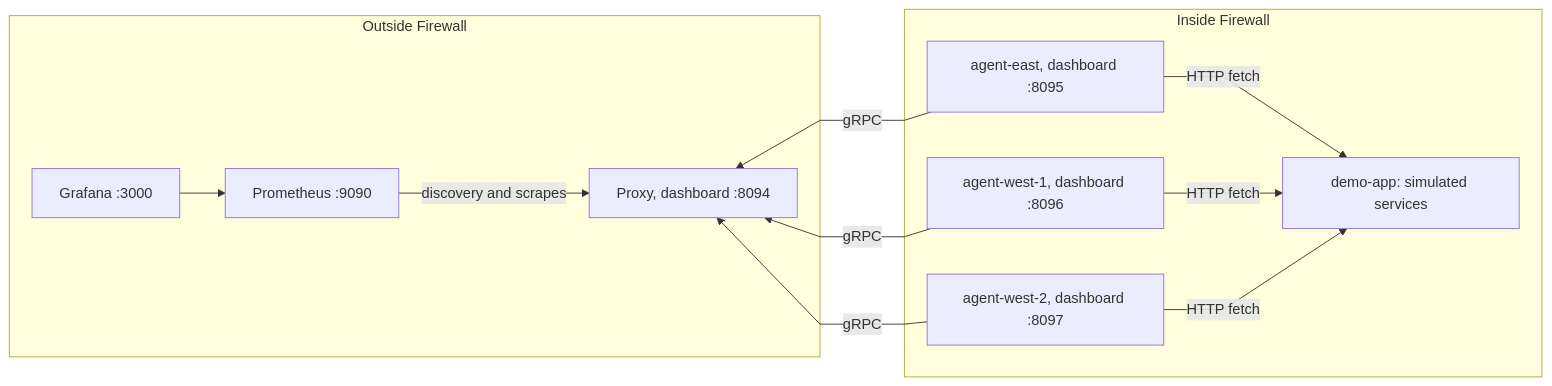
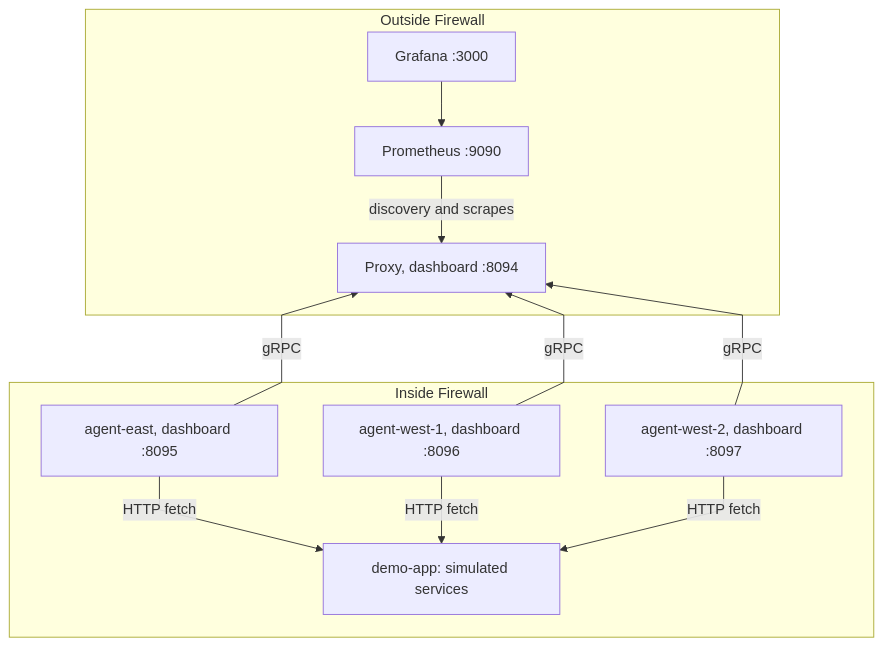
The diagram in website/prometheus-proxy/docs/basics-demo.md (pambrose/prometheus-proxy), drawn with Mermaid before and after one commit. The commit also changed 18 other files, not shown here.

First line of the commit message:
Draw the docs' diagrams readable, set the reading measure, and serve the lightbox from the site (#535)

````diff
--- a/website/prometheus-proxy/docs/basics-demo.md
+++ b/website/prometheus-proxy/docs/basics-demo.md
@@ -12,30 +12,30 @@
 ``` mermaid
 %%{init: {'flowchart': {'curve': 'linear'}}}%%
-graph LR
+graph TB
   G[Grafana :3000] --> P[Prometheus :9090]
   P -->|discovery and scrapes| Proxy[Proxy, dashboard :8094]
-  %% Each agent connects out to the proxy, so its arrow points back. The invisible links keep the agents to
-  %% the right of the proxy, as on the home page.
+  %% Each agent connects out to the proxy, so its arrow points back. The invisible links keep the agents
+  %% below the proxy, as on the home page.
   Proxy ~~~ East
   Proxy ~~~ West1
   Proxy ~~~ West2
   East[agent-east, dashboard :8095] -->|gRPC| Proxy
   West1[agent-west-1, dashboard :8096] -->|gRPC| Proxy
   West2[agent-west-2, dashboard :8097] -->|gRPC| Proxy
   East -->|HTTP fetch| App[demo-app: simulated services]
   West1 -->|HTTP fetch| App
   West2 -->|HTTP fetch| App
 
   subgraph Outside Firewall
     G
     P
     Proxy
   end
 
   subgraph Inside Firewall
     East
     West1
     West2
     App
   end
 ```
````
